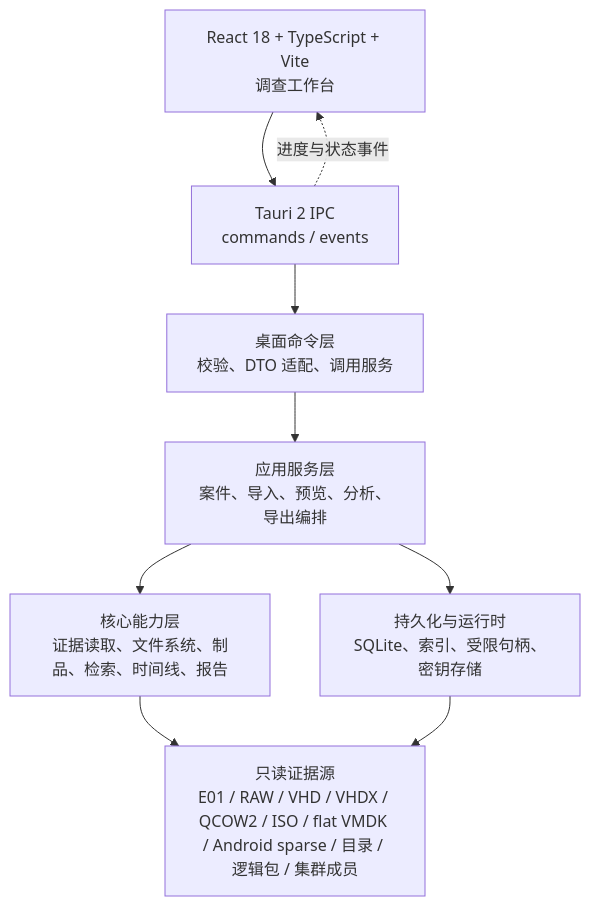
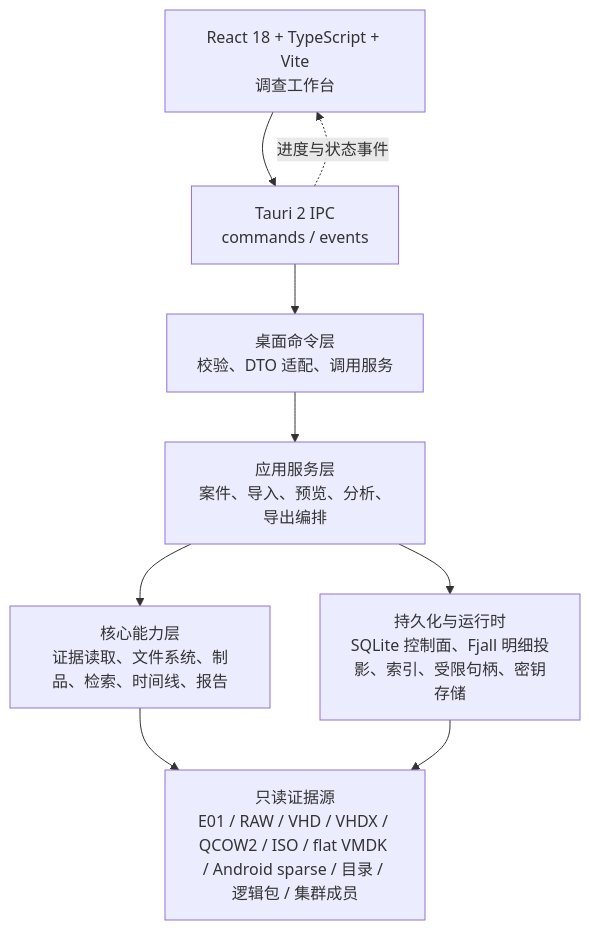
One commit to lQ-A-Ql/meow-detective changed the first of 6 diagrams in README.md. Above: the diagram before and after it, drawn with Mermaid. The commit also changed other lines of this file, not shown here.

````diff
--- a/README.md
+++ b/README.md
@@ -135,17 +148,17 @@
 ```mermaid
 flowchart TB
     UI["React 18 + TypeScript + Vite\n调查工作台"]
     IPC["Tauri 2 IPC\ncommands / events"]
     CMD["桌面命令层\n校验、DTO 适配、调用服务"]
     SVC["应用服务层\n案件、导入、预览、分析、导出编排"]
     CORE["核心能力层\n证据读取、文件系统、制品、检索、时间线、报告"]
-    STORE["持久化与运行时\nSQLite、索引、受限句柄、密钥存储"]
+    STORE["持久化与运行时\nSQLite 控制面、Fjall 明细投影、索引、受限句柄、密钥存储"]
     EVIDENCE["只读证据源\nE01 / RAW / VHD / VHDX / QCOW2 / ISO / flat VMDK / Android sparse / 目录 / 逻辑包 / 集群成员"]
 
     UI --> IPC --> CMD --> SVC
     SVC --> CORE
     SVC --> STORE
     CORE --> EVIDENCE
     STORE --> EVIDENCE
     IPC -. "进度与状态事件" .-> UI
 ```
````
